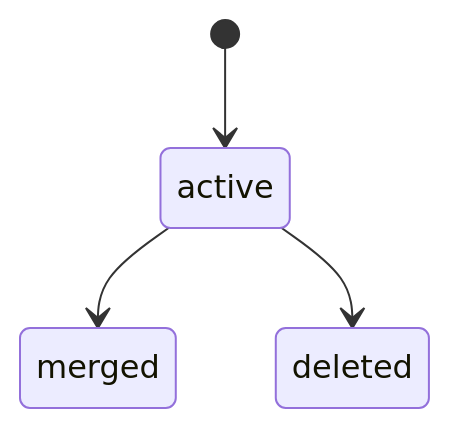
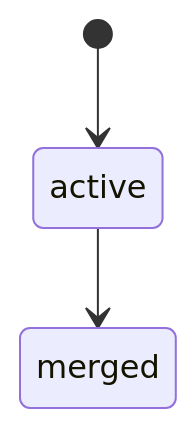
The third of 6 diagrams in docs/database-redesign-admin/04-state-lifecycle-and-write-rules.md (KroJIak/wardrobe-parser-platform), drawn with Mermaid before and after one commit. The commit also changed other lines of this file and 14 other files, not shown here.

````diff
--- a/docs/database-redesign-admin/04-state-lifecycle-and-write-rules.md
+++ b/docs/database-redesign-admin/04-state-lifecycle-and-write-rules.md
@@ -96,6 +111,5 @@
 ```mermaid
 stateDiagram-v2
   [*] --> active
   active --> merged
-  active --> deleted
 ```
````
